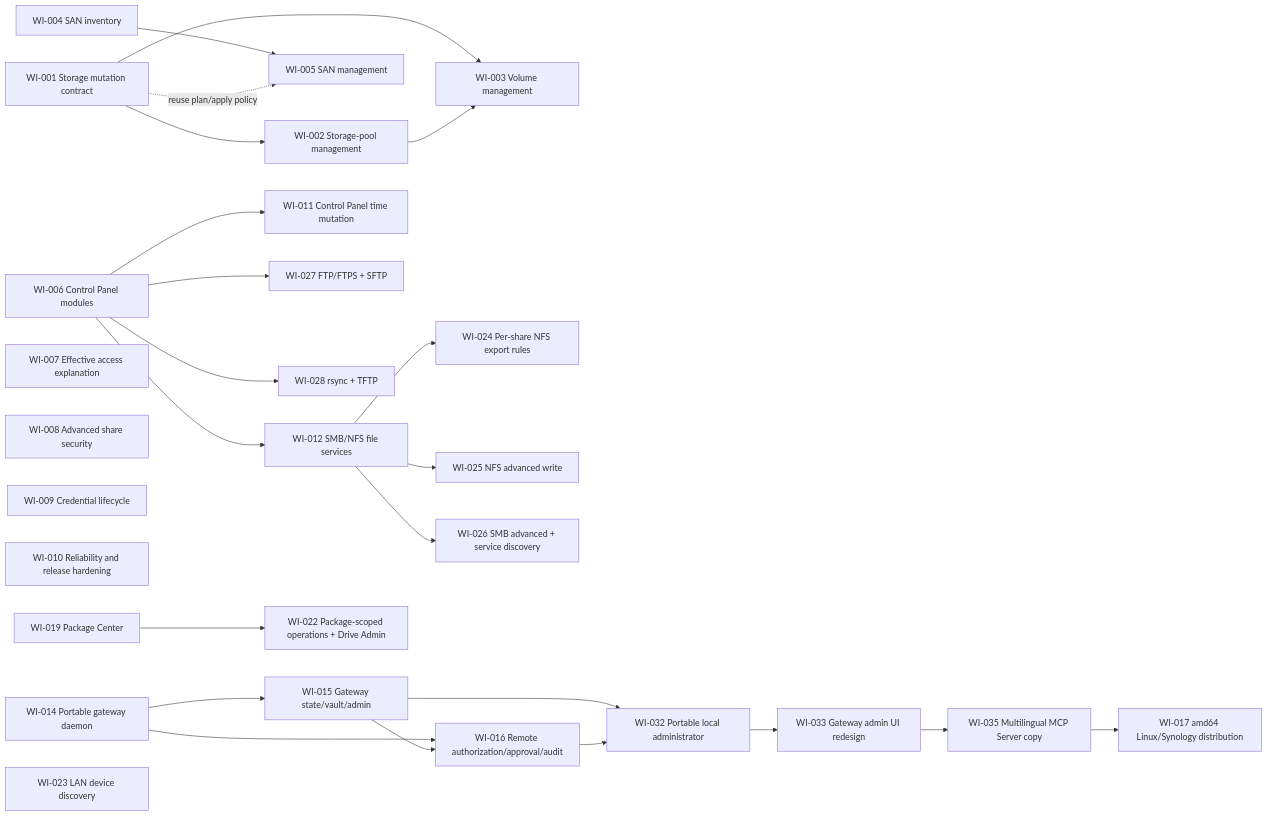
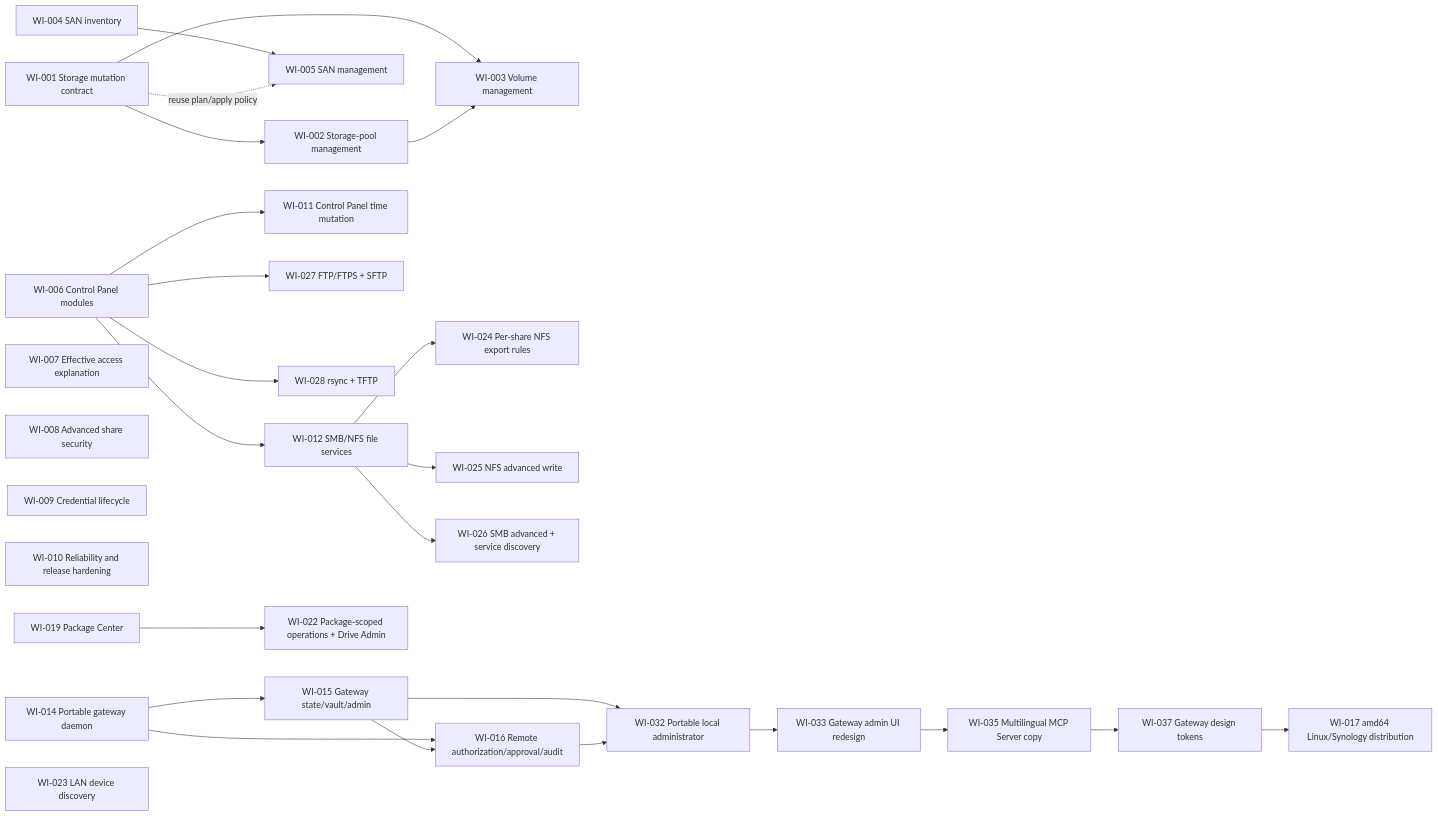
Before and after one commit to derekvery666/dsmctl: the diagram in spec/roadmap.md, drawn with Mermaid. The commit also changed other lines of this file and 6 other files, not shown here.

Commit message:
Complete WI-037 gateway design tokens

````diff
--- a/spec/roadmap.md
+++ b/spec/roadmap.md
@@ -9,30 +9,31 @@
 ```mermaid
 flowchart LR
   WI001["WI-001 Storage mutation contract"] --> WI002["WI-002 Storage-pool management"]
   WI001 --> WI003["WI-003 Volume management"]
   WI002 --> WI003
   WI004["WI-004 SAN inventory"] --> WI005["WI-005 SAN management"]
   WI001 -. "reuse plan/apply policy" .-> WI005
   WI006["WI-006 Control Panel modules"]
   WI006 --> WI012["WI-012 SMB/NFS file services"]
   WI006 --> WI011["WI-011 Control Panel time mutation"]
   WI012 --> WI024["WI-024 Per-share NFS export rules"]
   WI012 --> WI025["WI-025 NFS advanced write"]
   WI012 --> WI026["WI-026 SMB advanced + service discovery"]
   WI006 --> WI027["WI-027 FTP/FTPS + SFTP"]
   WI006 --> WI028["WI-028 rsync + TFTP"]
   WI007["WI-007 Effective access explanation"]
   WI008["WI-008 Advanced share security"]
   WI009["WI-009 Credential lifecycle"]
   WI010["WI-010 Reliability and release hardening"]
   WI014["WI-014 Portable gateway daemon"] --> WI015["WI-015 Gateway state/vault/admin"]
   WI014 --> WI016["WI-016 Remote authorization/approval/audit"]
   WI015 --> WI016
   WI015 --> WI032["WI-032 Portable local administrator"]
   WI016 --> WI032
   WI032 --> WI033["WI-033 Gateway admin UI redesign"]
   WI033 --> WI035["WI-035 Multilingual MCP Server copy"]
-  WI035 --> WI017["WI-017 amd64 Linux/Synology distribution"]
+  WI035 --> WI037["WI-037 Gateway design tokens"]
+  WI037 --> WI017["WI-017 amd64 Linux/Synology distribution"]
   WI019["WI-019 Package Center"] --> WI022["WI-022 Package-scoped operations + Drive Admin"]
   WI023["WI-023 LAN device discovery"]
 ```
````
